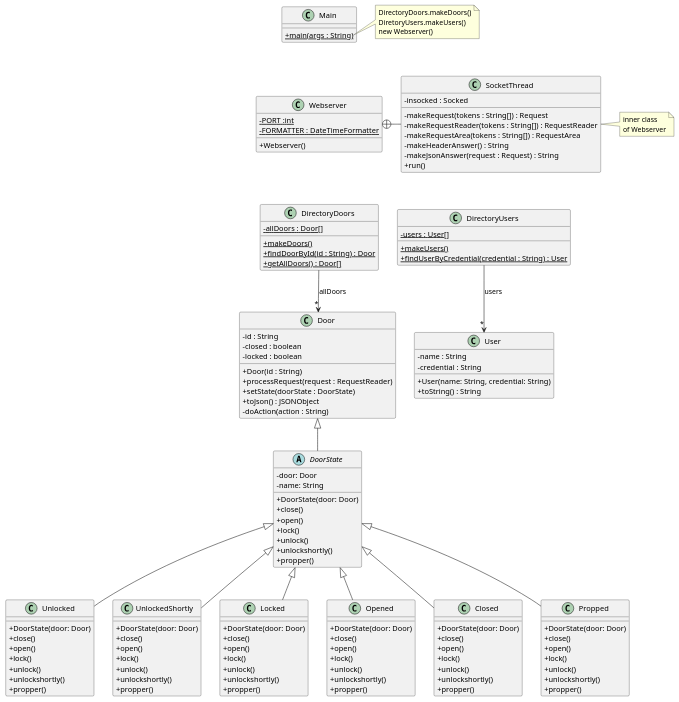
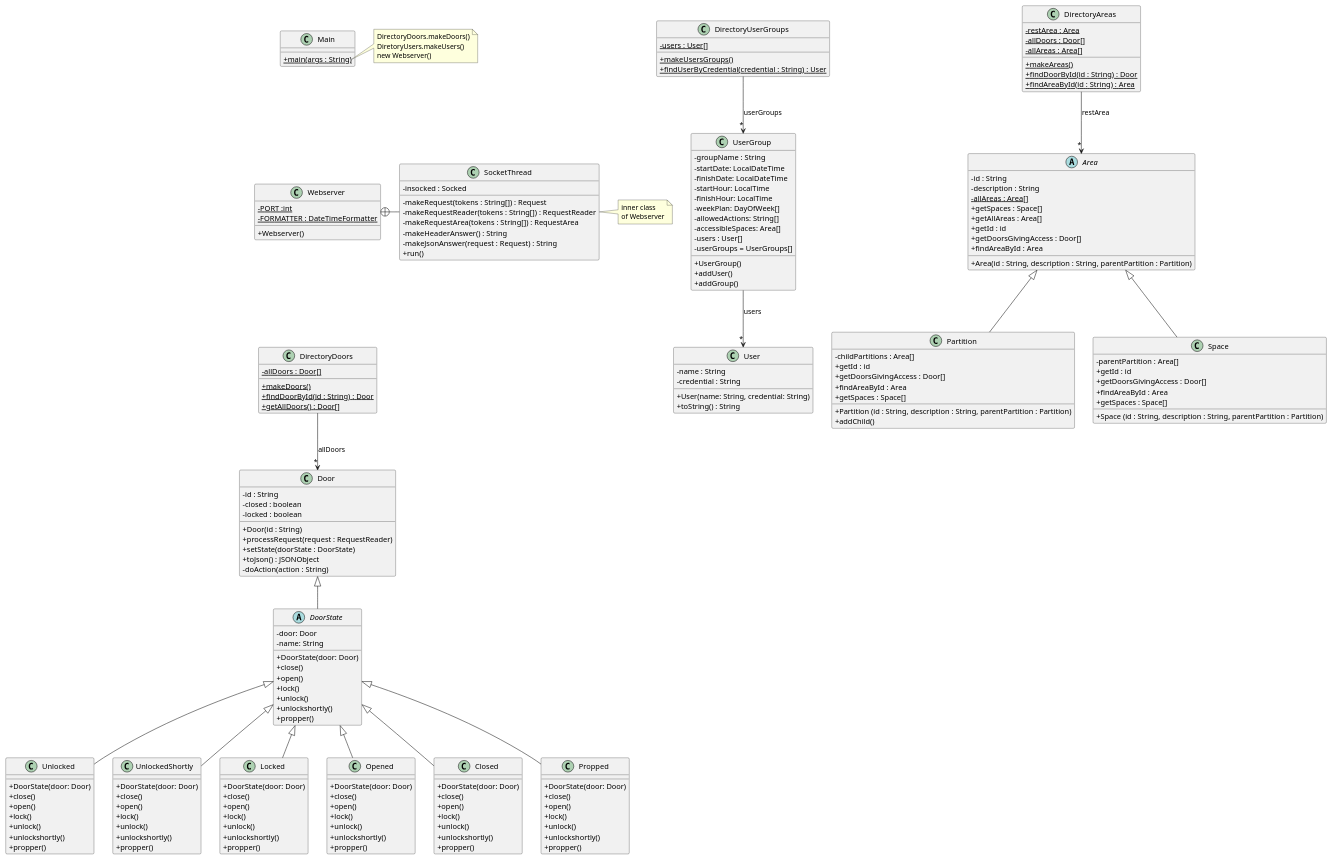
One commit to laiapns/Practica-DS changed the diagram in src/baseNoStates/uml/base_no_states.puml. Above: the diagram before and after it, drawn with PlantUML. The commit also changed 17 other files, not shown here.

```diff
--- a/src/baseNoStates/uml/base_no_states.puml
+++ b/src/baseNoStates/uml/base_no_states.puml
@@ -34,13 +34,53 @@
 
 DirectoryDoors --> "*" Door : "allDoors"
 
-class DirectoryUsers {
+class DirectoryUserGroups {
 - {static} users : User[]
-+ {static} makeUsers()
++ {static} makeUsersGroups()
 + {static} findUserByCredential(credential : String) : User
 }
+DirectoryUserGroups --> "*" UserGroup : "userGroups"
+UserGroup --> "*" User: "users"
+class DirectoryAreas {
+- {static} restArea : Area
+- {static} allDoors : Door[]
+- {static} allAreas : Area[]
++ {static} makeAreas()
++ {static} findDoorById(id : String) : Door
++ {static} findAreaById(id : String) : Area
+}
 
-DirectoryUsers --> "*" User : "users"
+DirectoryAreas --> "*" Area: "restArea"
+
+abstract class Area {
+- id : String
+- description : String
+- {static} allAreas : Area[]
++ Area(id : String, description : String, parentPartition : Partition)
++ getSpaces : Space[]
++ getAllAreas : Area[]
++ getId : id
++ getDoorsGivingAccess : Door[]
++ findAreaById : Area
+}
+
+class Partition extends Area {
+ - childPartitions : Area[]
+ + Partition (id : String, description : String, parentPartition : Partition)
+ + getId : id
+ + getDoorsGivingAccess : Door[]
+ + findAreaById : Area
+ + addChild()
+ + getSpaces : Space[]
+}
+class Space extends Area {
+- parentPartition : Area[]
++ Space (id : String, description : String, parentPartition : Partition)
++ getId : id
++ getDoorsGivingAccess : Door[]
++ findAreaById : Area
++ getSpaces : Space[]
+}
 
 class Door {
 - id : String
@@ -123,7 +163,21 @@
 + unlockshortly()
 + propper()
 }
-
+class UserGroup {
+- groupName : String
+- startDate: LocalDateTime
+- finishDate: LocalDateTime
+- startHour: LocalTime
+- finishHour: LocalTime
+- weekPlan: DayOfWeek[]
+- allowedActions: String[]
+- accessibleSpaces: Area[]
+- users : User[]
+- userGroups = UserGroups[]
++ UserGroup()
++ addUser()
++ addGroup()
+}
 class User {
 - name : String
 - credential : String
@@ -144,5 +198,4 @@
 
 Main -[hidden]down- Webserver
 Webserver -[hidden]down- DirectoryDoors
-DirectoryDoors -[hidden]right- DirectoryUsers
 @enduml
```
